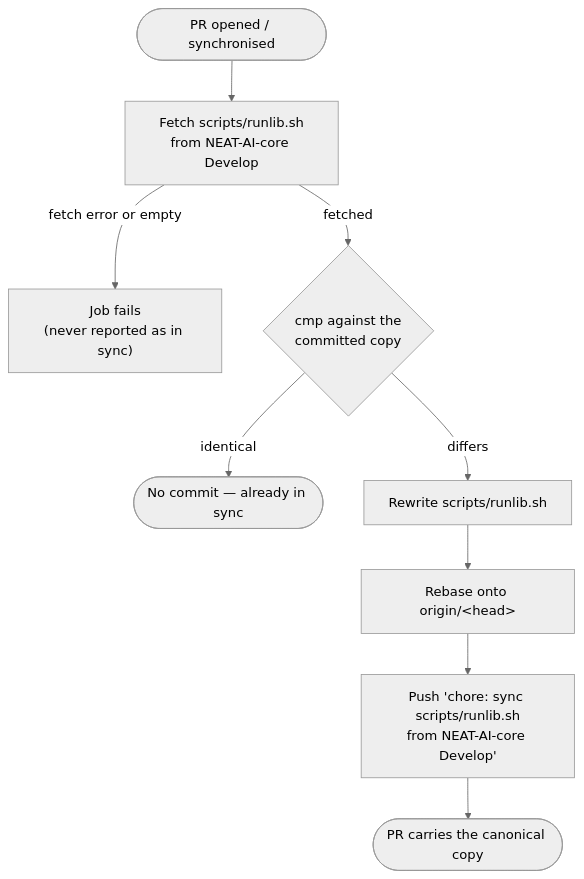
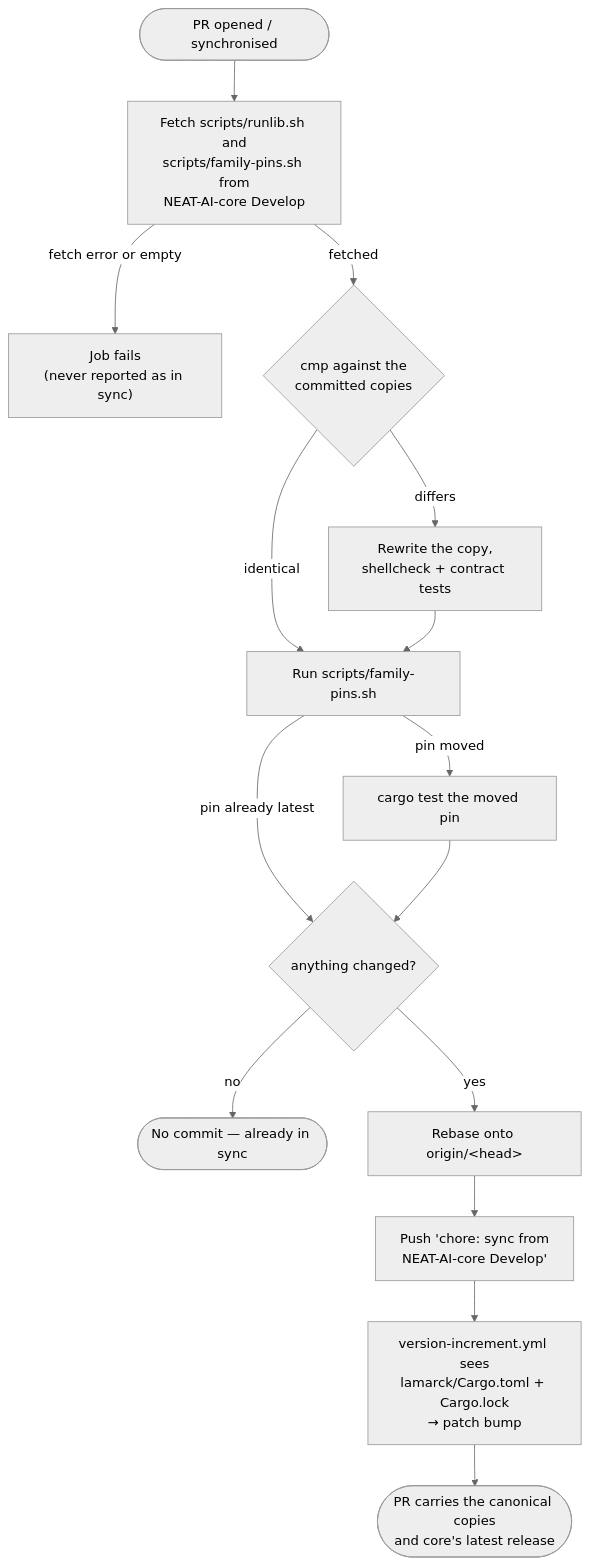
Before and after one commit to stSoftwareAU/NEAT-AI-Lamarck: diagram 21 of 25 in README.md, drawn with Mermaid (neutral theme). The commit also changed other lines of this file and 29 other files, not shown here.

First line of the commit message:
Pin neat-core to a release tag and refresh the pin on every PR (Issue #235) (#242)

````diff
--- a/README.md
+++ b/README.md
@@ -2212,11 +2220,17 @@
 ```mermaid
 flowchart TD
-    PR([PR opened / synchronised]) --> Fetch["Fetch scripts/runlib.sh<br/>from NEAT-AI-core Develop"]
+    PR([PR opened / synchronised]) --> Fetch["Fetch scripts/runlib.sh and<br/>scripts/family-pins.sh from<br/>NEAT-AI-core Develop"]
     Fetch -->|fetch error or empty| Fail["Job fails<br/>(never reported as in sync)"]
-    Fetch -->|fetched| Cmp{"cmp against the<br/>committed copy"}
-    Cmp -->|identical| Pass([No commit — already in sync])
-    Cmp -->|differs| Refresh["Rewrite scripts/runlib.sh"]
-    Refresh --> Rebase["Rebase onto origin/&lt;head&gt;"]
-    Rebase --> Push["Push 'chore: sync scripts/runlib.sh<br/>from NEAT-AI-core Develop'"]
-    Push --> Review([PR carries the canonical copy])
+    Fetch -->|fetched| Cmp{"cmp against the<br/>committed copies"}
+    Cmp -->|identical| Pins
+    Cmp -->|differs| Refresh["Rewrite the copy,<br/>shellcheck + contract tests"]
+    Refresh --> Pins["Run scripts/family-pins.sh"]
+    Pins -->|pin already latest| Clean{"anything changed?"}
+    Pins -->|pin moved| Build["cargo test the moved pin"]
+    Build --> Clean
+    Clean -->|no| Pass([No commit — already in sync])
+    Clean -->|yes| Rebase["Rebase onto origin/&lt;head&gt;"]
+    Rebase --> Push["Push 'chore: sync from<br/>NEAT-AI-core Develop'"]
+    Push --> Bump["version-increment.yml sees<br/>lamarck/Cargo.toml + Cargo.lock<br/>→ patch bump"]
+    Bump --> Review([PR carries the canonical copies<br/>and core's latest release])
 ```
````
